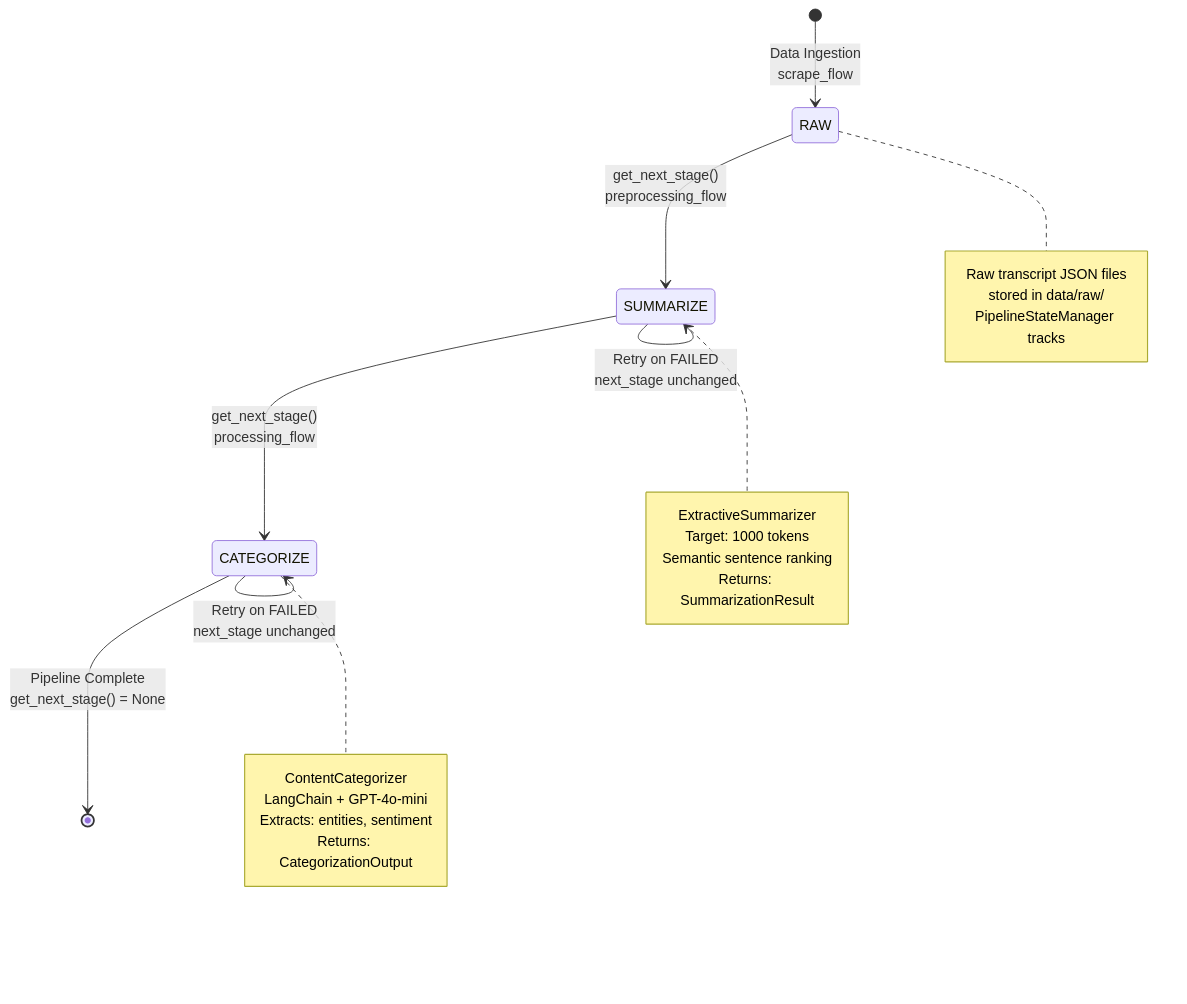
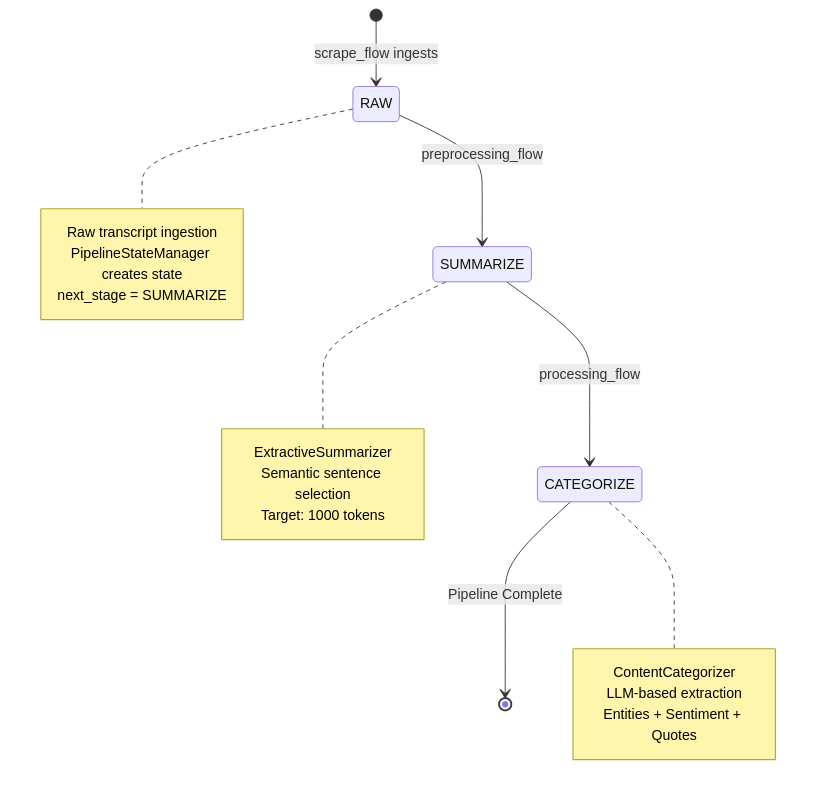
The second of 4 diagrams in documentation/architecture.md (dmitriyratu/DiscourseKG), drawn with Mermaid before and after one commit. The commit also changed other lines of this file and 1 other file, not shown here.

First line of the commit message:
refactor: streamline architecture documentation rules and remove outdated sections

````diff
--- a/documentation/architecture.md
+++ b/documentation/architecture.md
@@ -109,33 +70,25 @@
 ```mermaid
 stateDiagram-v2
-    [*] --> RAW: Data Ingestion<br/>scrape_flow
-    
-    RAW --> SUMMARIZE: get_next_stage()<br/>preprocessing_flow
-    
-    SUMMARIZE --> CATEGORIZE: get_next_stage()<br/>processing_flow
-    
-    CATEGORIZE --> [*]: Pipeline Complete<br/>get_next_stage() = None
-    
-    SUMMARIZE --> SUMMARIZE: Retry on FAILED<br/>next_stage unchanged
-    CATEGORIZE --> CATEGORIZE: Retry on FAILED<br/>next_stage unchanged
+    [*] --> RAW: scrape_flow ingests
+    RAW --> SUMMARIZE: preprocessing_flow
+    SUMMARIZE --> CATEGORIZE: processing_flow
+    CATEGORIZE --> [*]: Pipeline Complete
     
     note right of RAW
-        Raw transcript JSON files
-        stored in data/raw/
-        PipelineStateManager tracks
+        Raw transcript ingestion
+        PipelineStateManager creates state
+        next_stage = SUMMARIZE
     end note
     
     note right of SUMMARIZE
         ExtractiveSummarizer
+        Semantic sentence selection
         Target: 1000 tokens
-        Semantic sentence ranking
-        Returns: SummarizationResult
     end note
     
     note right of CATEGORIZE
         ContentCategorizer
-        LangChain + GPT-4o-mini
-        Extracts: entities, sentiment
-        Returns: CategorizationOutput
+        LLM-based extraction
+        Entities + Sentiment + Quotes
     end note
 ```
````
